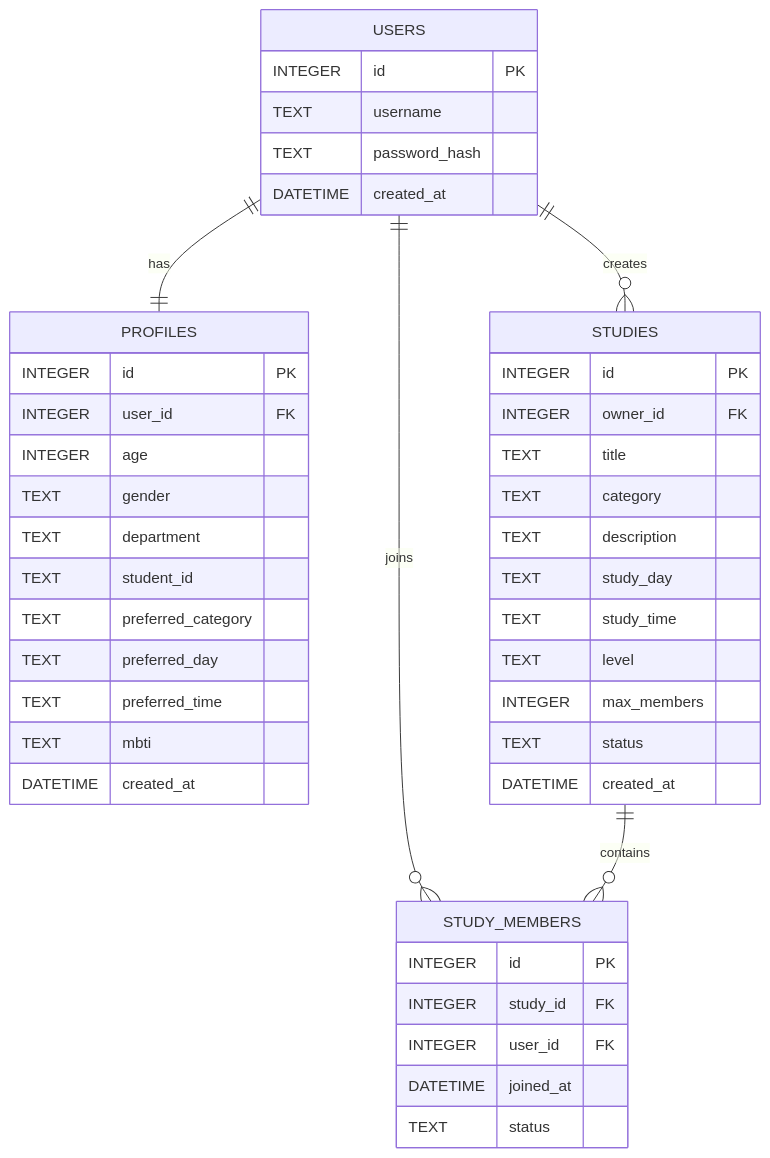
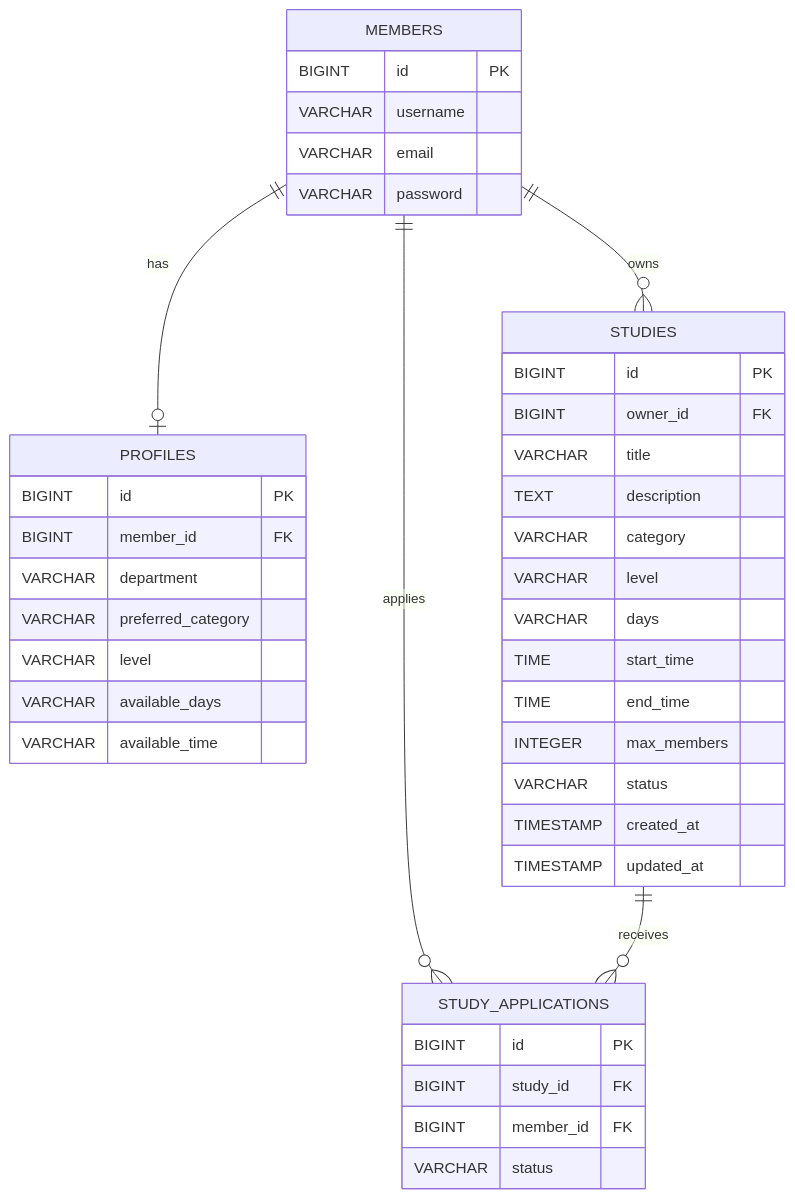
One commit to 22junreal/study-matching-system changed the third of 3 diagrams in README.md. Above: the diagram before and after it, drawn with Mermaid. The commit also changed other lines of this file, not shown here.

Commit message:
docs: update README for Spring backend and AI roadmap

````diff
--- a/README.md
+++ b/README.md
@@ -219,50 +552,48 @@
 ```mermaid
 erDiagram
-    USERS ||--|| PROFILES : has
-    USERS ||--o{ STUDIES : creates
-    USERS ||--o{ STUDY_MEMBERS : joins
-    STUDIES ||--o{ STUDY_MEMBERS : contains
 
-    USERS {
-        INTEGER id PK
-        TEXT username
-        TEXT password_hash
-        DATETIME created_at
+    MEMBERS ||--o| PROFILES : has
+    MEMBERS ||--o{ STUDIES : owns
+    MEMBERS ||--o{ STUDY_APPLICATIONS : applies
+    STUDIES ||--o{ STUDY_APPLICATIONS : receives
+
+    MEMBERS {
+        BIGINT id PK
+        VARCHAR username
+        VARCHAR email
+        VARCHAR password
     }
 
     PROFILES {
-        INTEGER id PK
-        INTEGER user_id FK
-        INTEGER age
-        TEXT gender
-        TEXT department
-        TEXT student_id
-        TEXT preferred_category
-        TEXT preferred_day
-        TEXT preferred_time
-        TEXT mbti
-        DATETIME created_at
+        BIGINT id PK
+        BIGINT member_id FK
+        VARCHAR department
+        VARCHAR preferred_category
+        VARCHAR level
+        VARCHAR available_days
+        VARCHAR available_time
     }
 
     STUDIES {
-        INTEGER id PK
-        INTEGER owner_id FK
-        TEXT title
-        TEXT category
+        BIGINT id PK
+        BIGINT owner_id FK
+        VARCHAR title
         TEXT description
-        TEXT study_day
-        TEXT study_time
-        TEXT level
+        VARCHAR category
+        VARCHAR level
+        VARCHAR days
+        TIME start_time
+        TIME end_time
         INTEGER max_members
-        TEXT status
-        DATETIME created_at
+        VARCHAR status
+        TIMESTAMP created_at
+        TIMESTAMP updated_at
     }
 
-    STUDY_MEMBERS {
-        INTEGER id PK
-        INTEGER study_id FK
-        INTEGER user_id FK
-        DATETIME joined_at
-        TEXT status
+    STUDY_APPLICATIONS {
+        BIGINT id PK
+        BIGINT study_id FK
+        BIGINT member_id FK
+        VARCHAR status
     }
 ```
````
